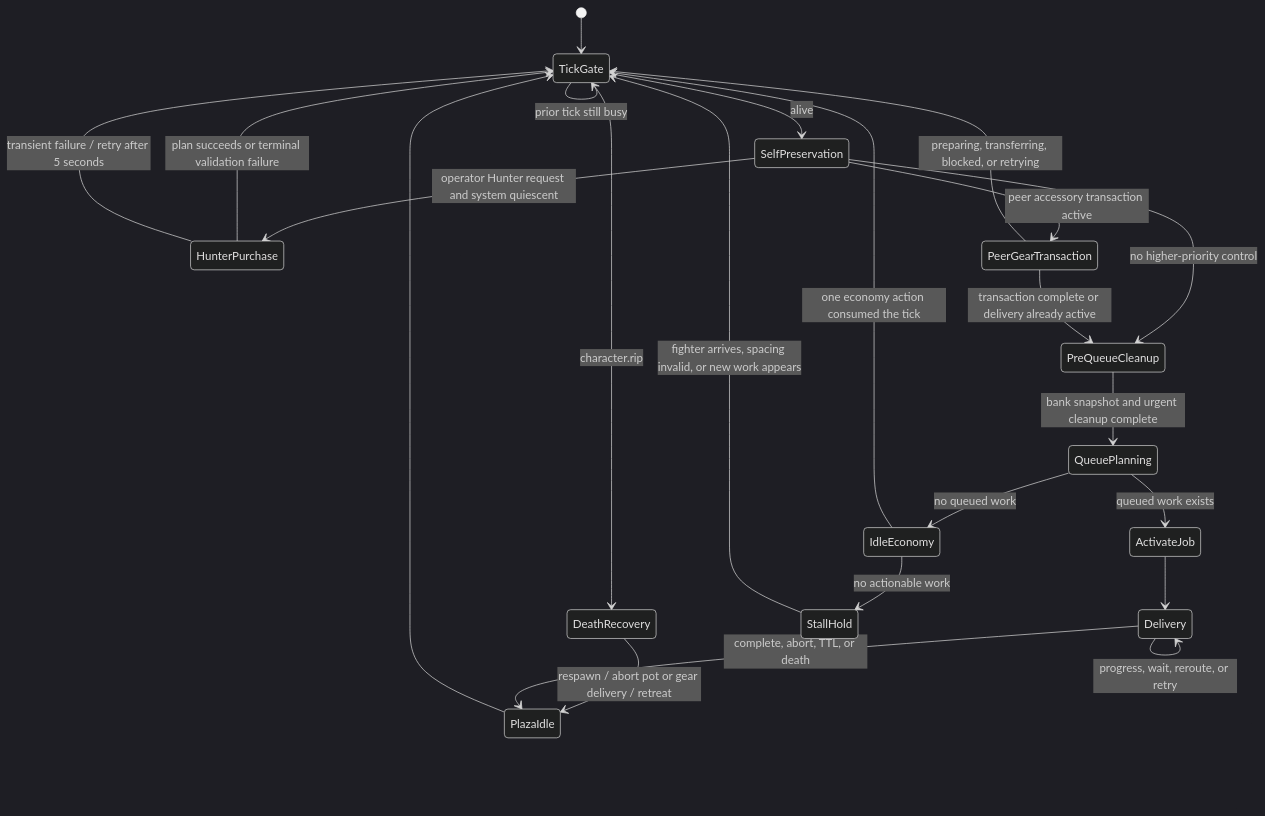
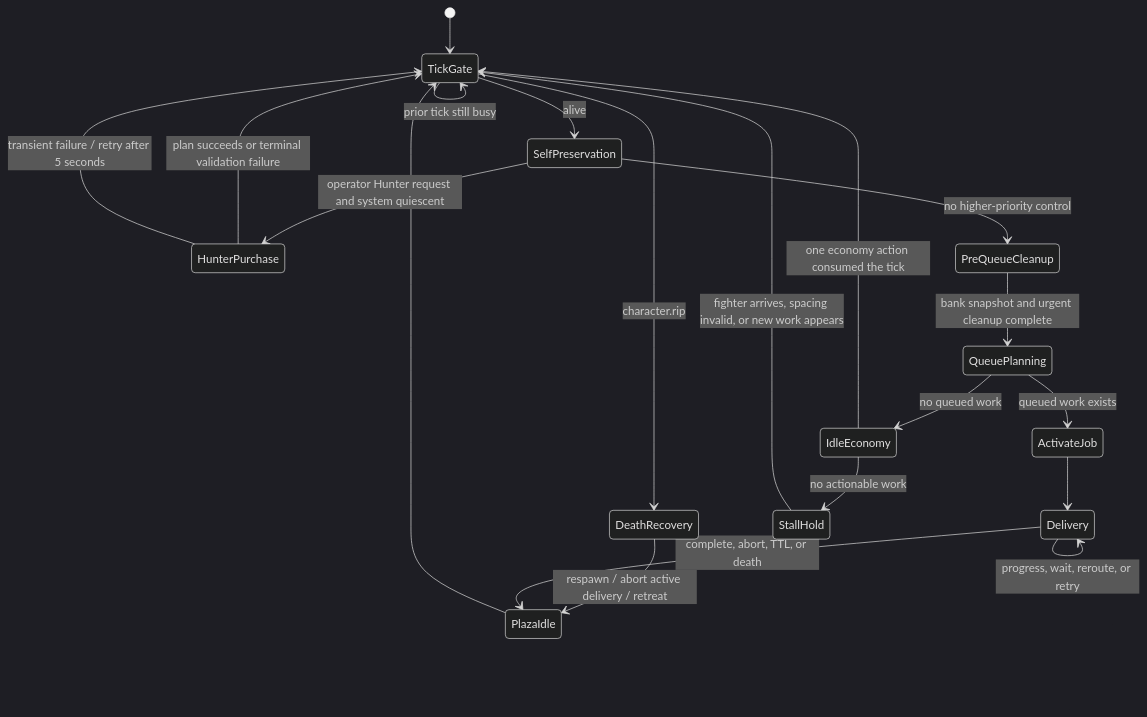
One commit to lizizatt/scratch changed the first of 8 diagrams in adventureland/MERCHANT_PLAN.md. Above: the diagram before and after it, drawn with Mermaid (dark theme). The commit also changed other lines of this file and 9 other files, not shown here.

````diff
--- a/adventureland/MERCHANT_PLAN.md
+++ b/adventureland/MERCHANT_PLAN.md
@@ -63,32 +63,28 @@
 ```mermaid
 stateDiagram-v2
     [*] --> TickGate
     TickGate --> TickGate: prior tick still busy
     TickGate --> DeathRecovery: character.rip
     TickGate --> SelfPreservation: alive
 
-    DeathRecovery --> PlazaIdle: respawn / abort pot or gear delivery / retreat
+    DeathRecovery --> PlazaIdle: respawn / abort active delivery / retreat
 
     SelfPreservation --> HunterPurchase: operator Hunter request and system quiescent
-    SelfPreservation --> PeerGearTransaction: peer accessory transaction active
     SelfPreservation --> PreQueueCleanup: no higher-priority control
 
     HunterPurchase --> TickGate: plan succeeds or terminal validation failure
     HunterPurchase --> TickGate: transient failure / retry after 5 seconds
-
-    PeerGearTransaction --> TickGate: preparing, transferring, blocked, or retrying
-    PeerGearTransaction --> PreQueueCleanup: transaction complete or delivery already active
 
     PreQueueCleanup --> QueuePlanning: bank snapshot and urgent cleanup complete
     QueuePlanning --> ActivateJob: queued work exists
     QueuePlanning --> IdleEconomy: no queued work
 
     ActivateJob --> Delivery
     Delivery --> Delivery: progress, wait, reroute, or retry
     Delivery --> PlazaIdle: complete, abort, TTL, or death
     PlazaIdle --> TickGate
 
     IdleEconomy --> TickGate: one economy action consumed the tick
     IdleEconomy --> StallHold: no actionable work
     StallHold --> TickGate: fighter arrives, spacing invalid, or new work appears
 ```
````
